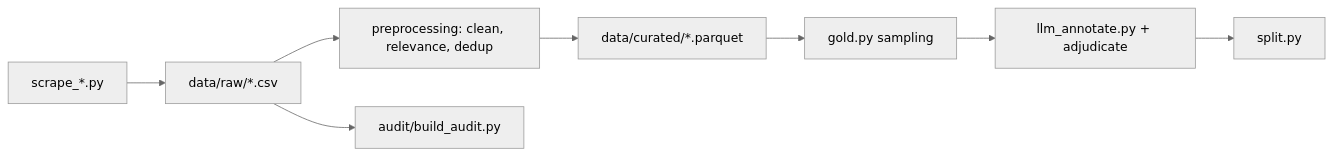
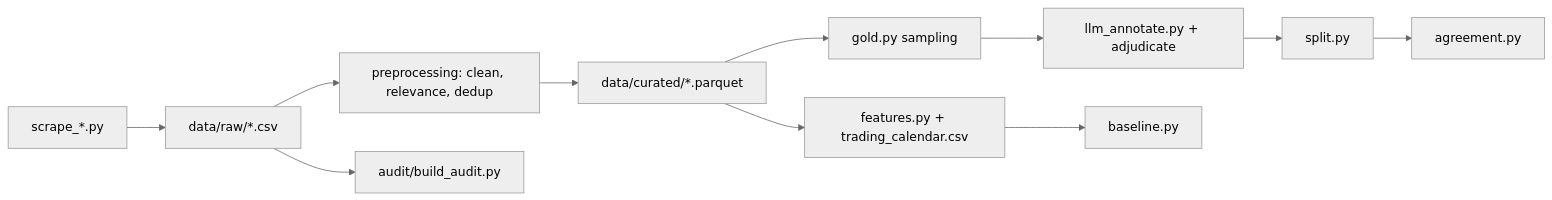
Before and after one commit to Botkraker/MarketPrediction: the diagram in README.md, drawn with Mermaid (neutral theme). The commit also changed other lines of this file and 10 other files, not shown here.

````diff
--- a/README.md
+++ b/README.md
@@ -27,10 +30,13 @@
 ```mermaid
 flowchart LR
     A[scrape_*.py] --> B[data/raw/*.csv]
     B --> C[preprocessing: clean, relevance, dedup]
     C --> D[data/curated/*.parquet]
     D --> E[gold.py sampling]
     E --> F[llm_annotate.py + adjudicate]
     F --> G[split.py]
     B --> H[audit/build_audit.py]
+    G --> I[agreement.py]
+    D --> J[features.py + trading_calendar.csv]
+    J --> K[baseline.py]
 ```
````
